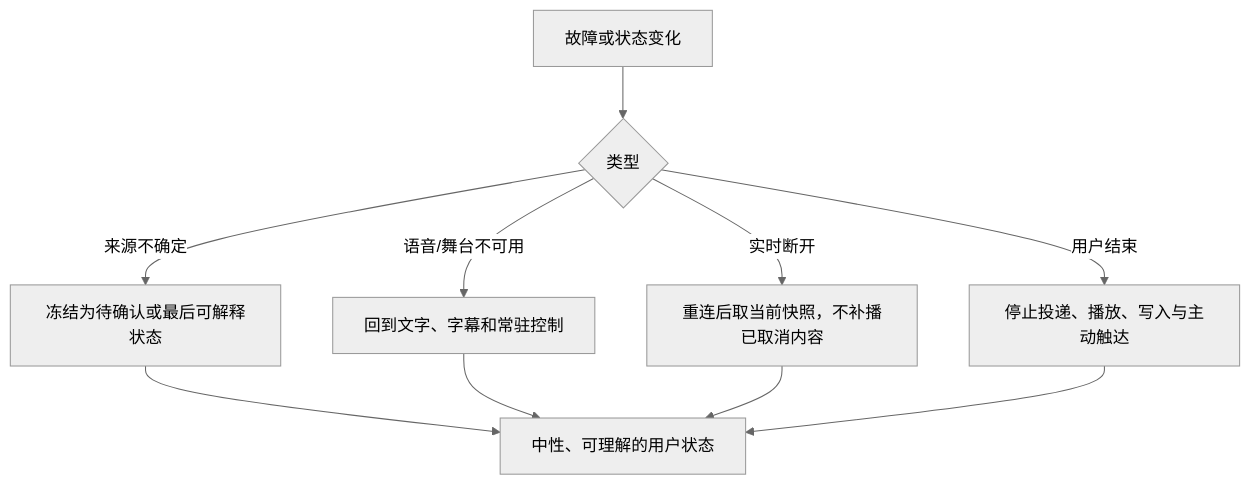
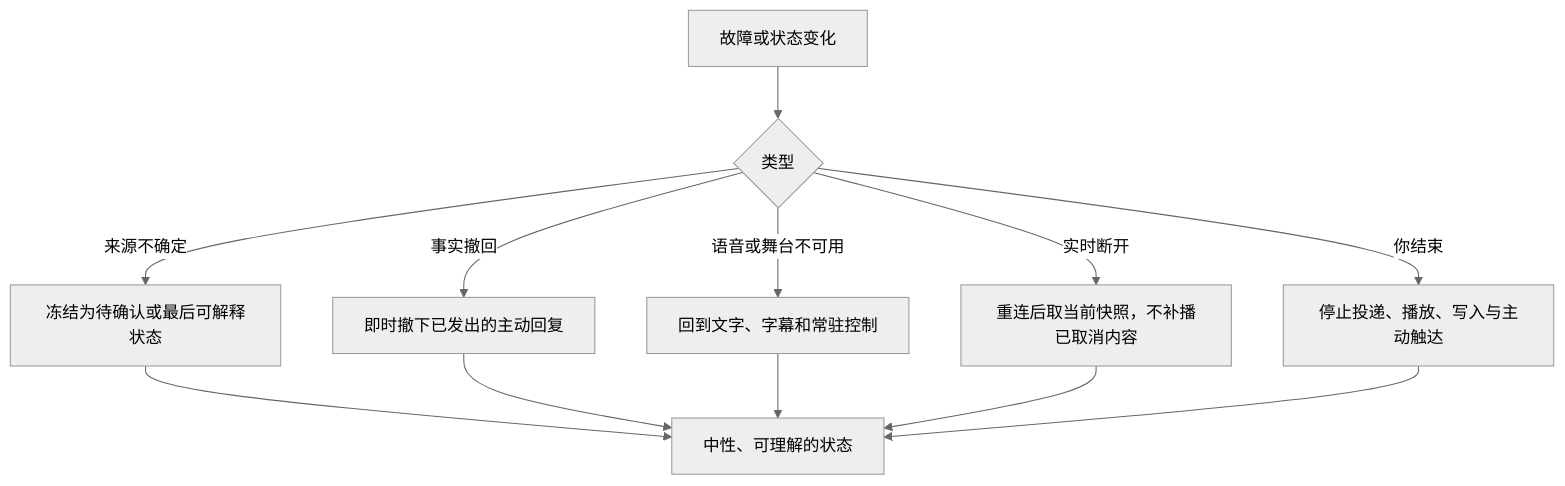
One commit to weiz98417-crypto/qiuqiu changed the eighth of 11 diagrams in docs/球球全套资料/4.产品设计/22-赛前赛中赛后陪看旅程设计.md. Above: the diagram before and after it, drawn with Mermaid (neutral theme). The commit also changed other lines of this file and 49 other files, not shown here.

````diff
--- a/docs/球球全套资料/4.产品设计/22-赛前赛中赛后陪看旅程设计.md
+++ b/docs/球球全套资料/4.产品设计/22-赛前赛中赛后陪看旅程设计.md
@@ -571,12 +501,14 @@
 ```mermaid
 flowchart TD
     Fault[故障或状态变化] --> Kind{类型}
     Kind -->|来源不确定| Fact[冻结为待确认或最后可解释状态]
-    Kind -->|语音/舞台不可用| Text[回到文字、字幕和常驻控制]
+    Kind -->|事实撤回| Retract[即时撤下已发出的主动回复]
+    Kind -->|语音或舞台不可用| Text[回到文字、字幕和常驻控制]
     Kind -->|实时断开| Reconnect[重连后取当前快照，不补播已取消内容]
-    Kind -->|用户结束| End[停止投递、播放、写入与主动触达]
-    Fact --> Neutral[中性、可理解的用户状态]
+    Kind -->|你结束| End[停止投递、播放、写入与主动触达]
+    Fact --> Neutral[中性、可理解的状态]
+    Retract --> Neutral
     Text --> Neutral
     Reconnect --> Neutral
     End --> Neutral
 ```
````
